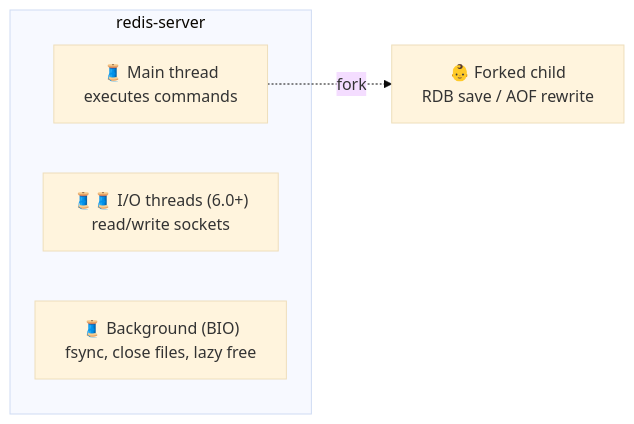
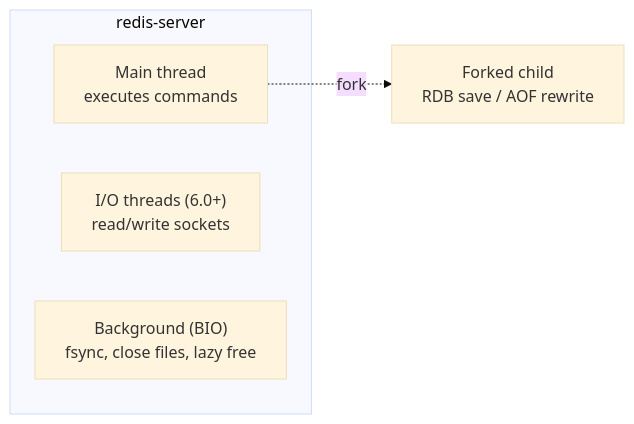
Before and after one commit to jamal474/slides: diagram 12 of 53 in src/redis.md, drawn with Mermaid (base theme). The commit also changed other lines of this file, not shown here.

````diff
--- a/src/redis.md
+++ b/src/redis.md
@@ -736,10 +733,10 @@
 ```mermaid
 flowchart LR
   subgraph P["redis-server"]
-    M["🧵 Main thread<br/>executes commands"]
-    IO["🧵🧵 I/O threads (6.0+)<br/>read/write sockets"]
-    BIO["🧵 Background (BIO)<br/>fsync, close files, lazy free"]
+    M["Main thread<br/>executes commands"]
+    IO["I/O threads (6.0+)<br/>read/write sockets"]
+    BIO["Background (BIO)<br/>fsync, close files, lazy free"]
   end
-  F["👶 Forked child<br/>RDB save / AOF rewrite"]
+  F["Forked child<br/>RDB save / AOF rewrite"]
   M -. fork .-> F
 ```
````
